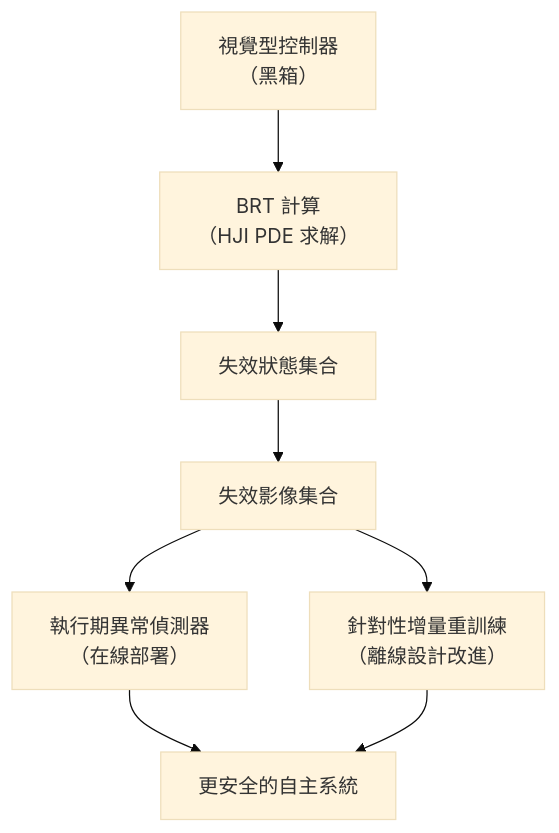
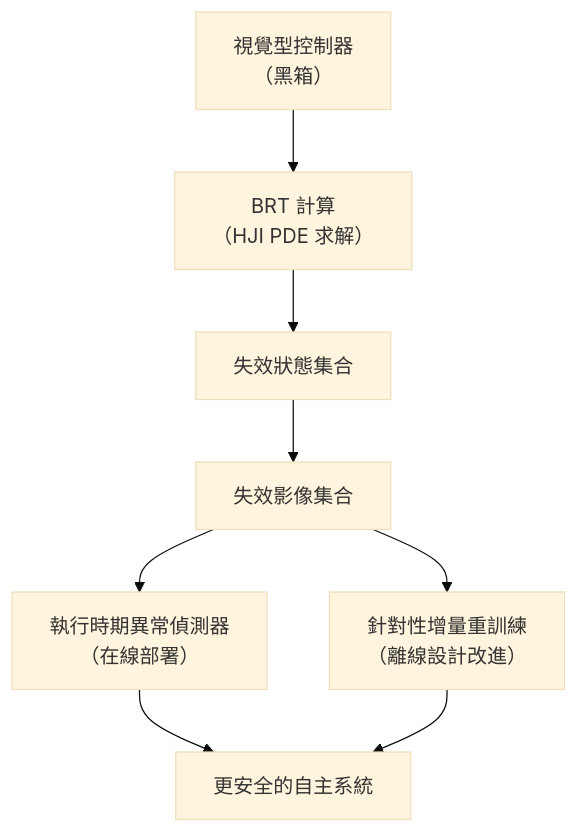
Before and after one commit to wizardhsiehcom/book: the seventh of 7 diagrams in docs/aa228-safety-critical-systems/16-guest-bansal.md, drawn with Mermaid (base theme). The commit also changed other lines of this file and 84 other files, not shown here.

````diff
--- a/docs/aa228-safety-critical-systems/16-guest-bansal.md
+++ b/docs/aa228-safety-critical-systems/16-guest-bansal.md
@@ -299,10 +301,10 @@
 ```mermaid
 flowchart TD
     SYS["視覺型控制器<br/>（黑箱）"] --> BRT_C["BRT 計算<br/>（HJI PDE 求解）"]
     BRT_C --> FailStates["失效狀態集合"]
     FailStates --> FailImg["失效影像集合"]
-    FailImg --> AD["執行期異常偵測器<br/>（在線部署）"]
+    FailImg --> AD["執行時期異常偵測器<br/>（在線部署）"]
     FailImg --> Retrain["針對性增量重訓練<br/>（離線設計改進）"]
     AD --> SaferSys["更安全的自主系統"]
     Retrain --> SaferSys
 ```
````
